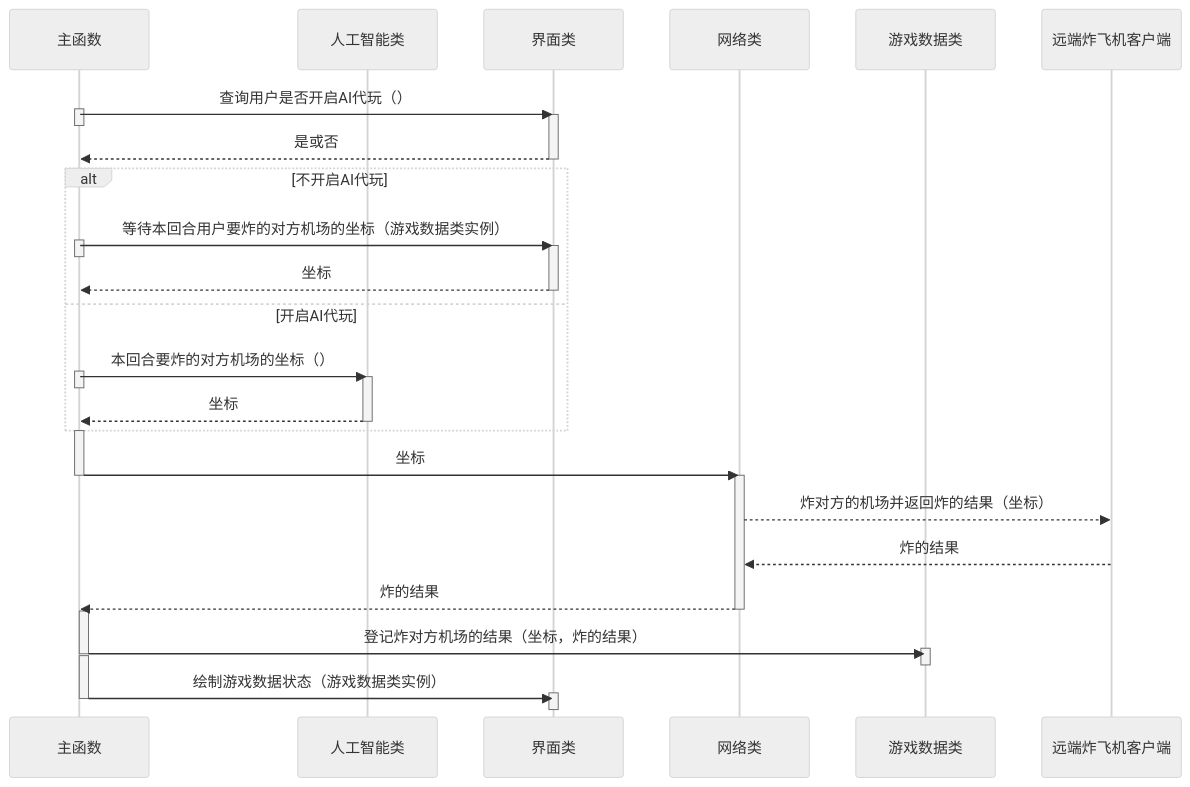
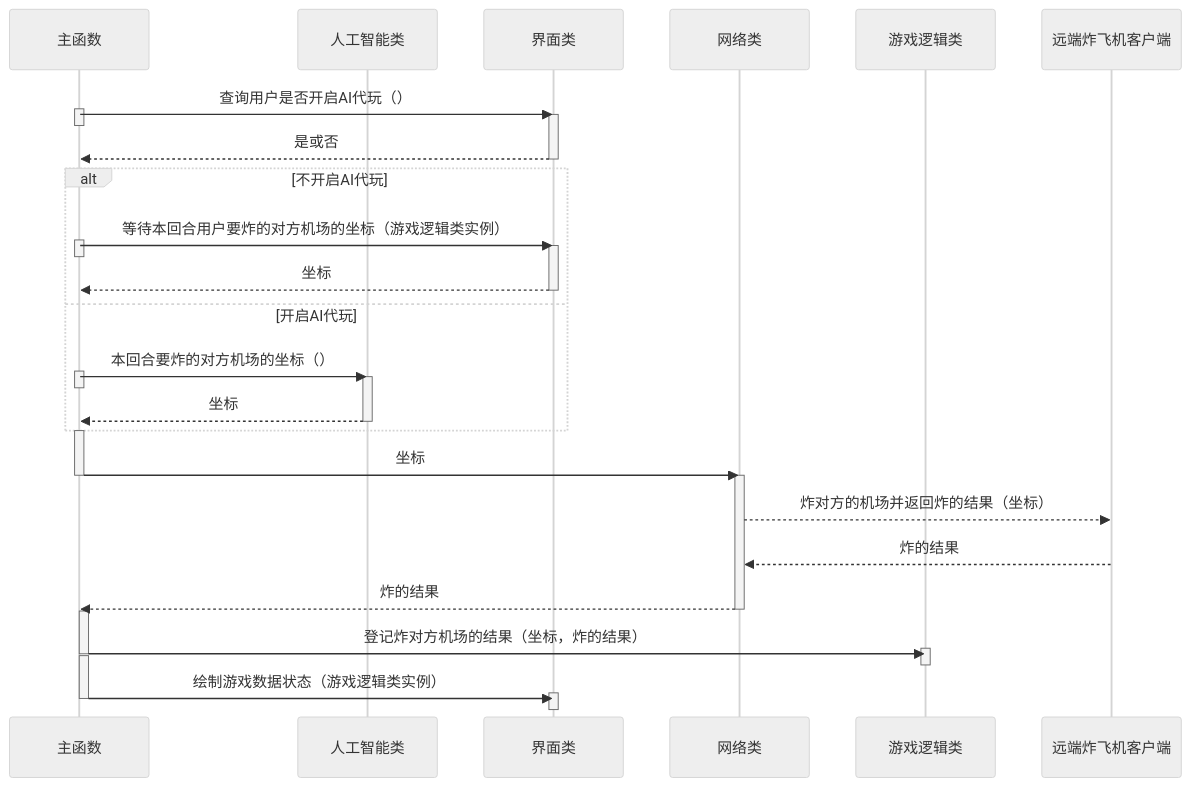
Before and after one commit to li6in9muyou/bomb-airfield-game: the fifth of 6 diagrams in README.md, drawn with Mermaid (neutral theme). The commit also changed other lines of this file, not shown here.

````diff
--- a/README.md
+++ b/README.md
@@ -310,54 +314,54 @@
 ```mermaid
 sequenceDiagram
 
 participant main as 主函数
 participant ai as 人工智能类
 participant ui as 界面类
 participant socket as 网络类
-participant game as 游戏数据类
+participant game as 游戏逻辑类
 participant remote as 远端炸飞机客户端
 
 
 main ->> ui: 查询用户是否开启AI代玩（）
 activate main
 deactivate main
 activate ui
 ui -->> main: 是或否
 deactivate ui
 
 alt 不开启AI代玩
-main ->> ui: 等待本回合用户要炸的对方机场的坐标（游戏数据类实例）
+main ->> ui: 等待本回合用户要炸的对方机场的坐标（游戏逻辑类实例）
 activate main
 deactivate main
 activate ui
 ui -->> main: 坐标
 deactivate ui
 else 开启AI代玩
 main ->> ai: 本回合要炸的对方机场的坐标（）
 activate main
 deactivate main
 activate ai
 ai -->> main: 坐标
 deactivate ai
 end
 
 activate main
 main ->> socket: 坐标
 deactivate main
 activate socket
 socket -->> remote: 炸对方的机场并返回炸的结果（坐标）
 remote -->> socket: 炸的结果
 socket -->> main: 炸的结果
 activate main
 deactivate socket
 activate main
 main ->> game: 登记炸对方机场的结果（坐标，炸的结果）
 deactivate main
 activate game
 deactivate game
 activate main
-main ->> ui: 绘制游戏数据状态（游戏数据类实例）
+main ->> ui: 绘制游戏数据状态（游戏逻辑类实例）
 activate ui
 deactivate ui
 deactivate main
 ```
````
